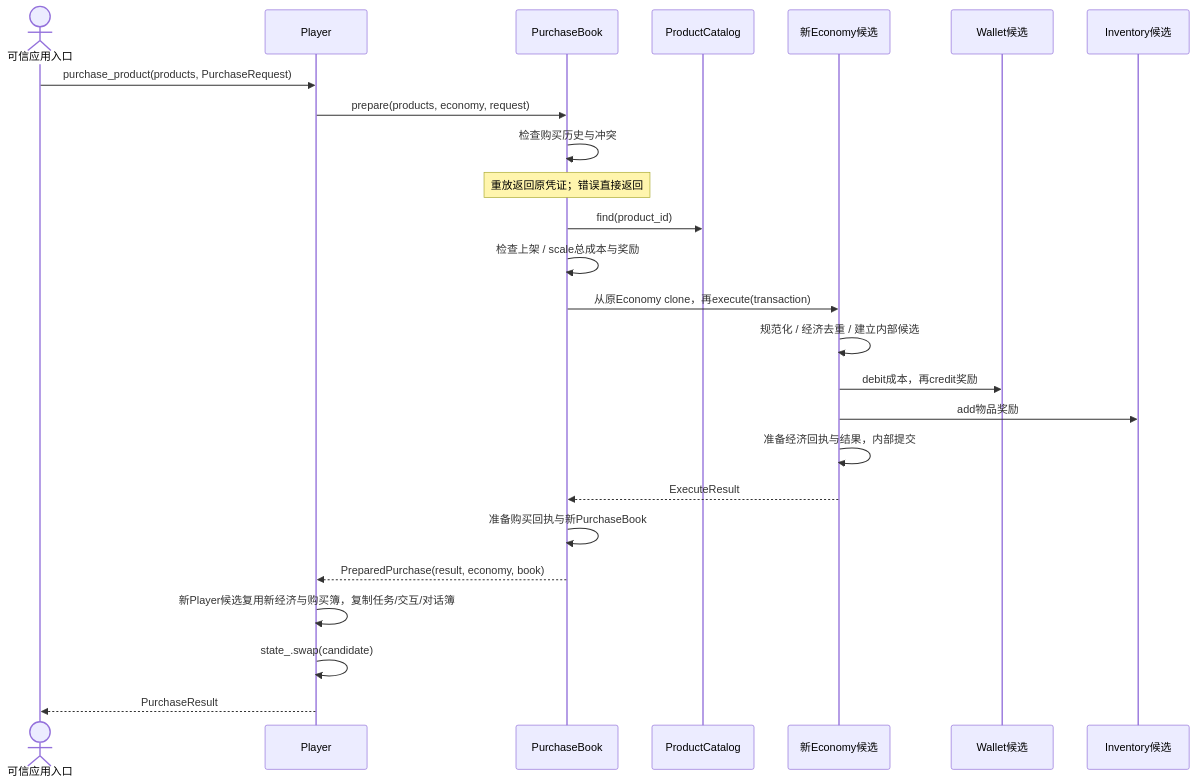
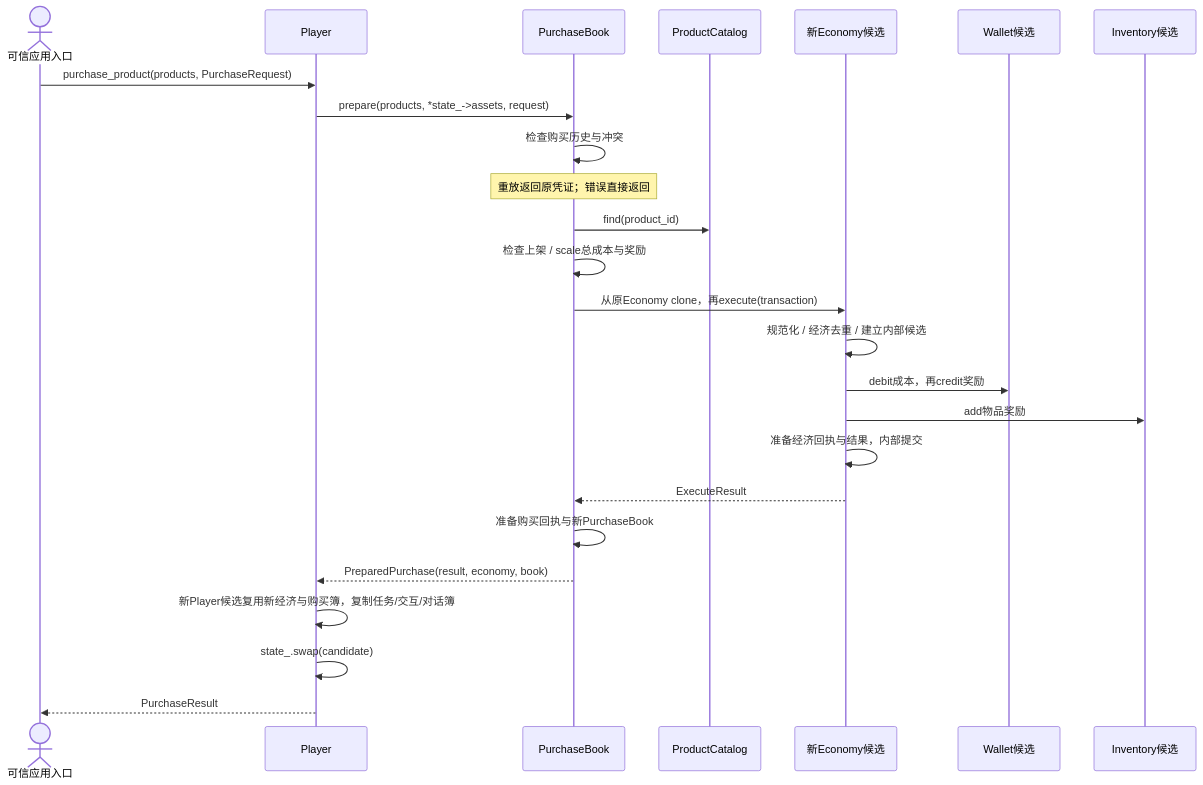
One commit to Cheems-life/game-systems-toolkit changed the third of 8 diagrams in docs/architecture-details.md. Above: the diagram before and after it, drawn with Mermaid. The commit also changed other lines of this file and 2 other files, not shown here.

Commit message:
docs: redraw architecture diagrams for current player state

````diff
--- a/docs/architecture-details.md
+++ b/docs/architecture-details.md
@@ -225,27 +263,27 @@
 ```mermaid
 sequenceDiagram
     actor App as 可信应用入口
     participant P as Player
     participant B as PurchaseBook
     participant C as ProductCatalog
     participant E as 新Economy候选
     participant W as Wallet候选
     participant I as Inventory候选
     App->>P: purchase_product(products, PurchaseRequest)
-    P->>B: prepare(products, economy, request)
+    P->>B: prepare(products, *state_->assets, request)
     B->>B: 检查购买历史与冲突
     Note over B: 重放返回原凭证；错误直接返回
     B->>C: find(product_id)
     B->>B: 检查上架 / scale总成本与奖励
     B->>E: 从原Economy clone，再execute(transaction)
     E->>E: 规范化 / 经济去重 / 建立内部候选
     E->>W: debit成本，再credit奖励
     E->>I: add物品奖励
     E->>E: 准备经济回执与结果，内部提交
     E-->>B: ExecuteResult
     B->>B: 准备购买回执与新PurchaseBook
     B-->>P: PreparedPurchase(result, economy, book)
     P->>P: 新Player候选复用新经济与购买簿，复制任务/交互/对话簿
     P->>P: state_.swap(candidate)
     P-->>App: PurchaseResult
 ```
````
